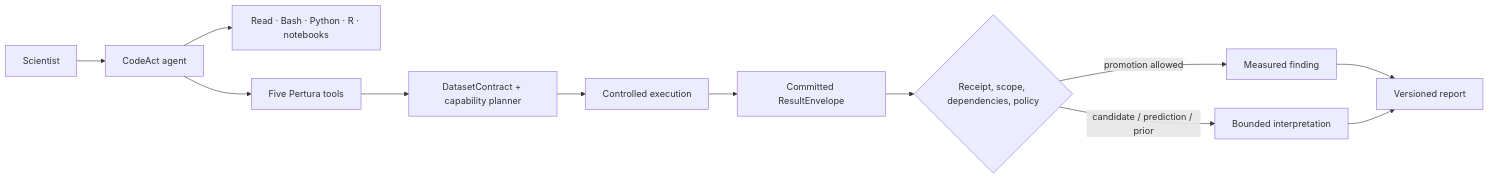
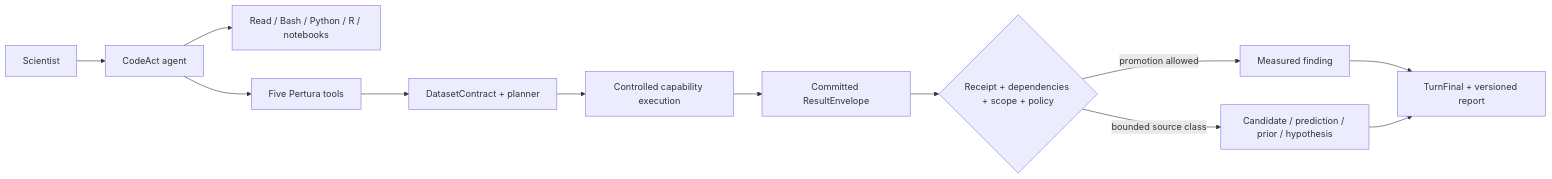
The first of 2 diagrams in README.md (cyclization-w/Pertura), drawn with Mermaid before and after one commit. The commit also changed other lines of this file and 310 other files, not shown here.

````diff
--- a/README.md
+++ b/README.md
@@ -20,14 +20,14 @@
 ```mermaid
 flowchart LR
     U["Scientist"] --> A["CodeAct agent"]
-    A --> E["Read · Bash · Python · R · notebooks"]
+    A --> E["Read / Bash / Python / R / notebooks"]
     A --> T["Five Pertura tools"]
-    T --> C["DatasetContract + capability planner"]
-    C --> X["Controlled execution"]
+    T --> C["DatasetContract + planner"]
+    C --> X["Controlled capability execution"]
     X --> R["Committed ResultEnvelope"]
-    R --> P{"Receipt, scope, dependencies, policy"}
+    R --> P{"Receipt + dependencies + scope + policy"}
     P -->|"promotion allowed"| M["Measured finding"]
-    P -->|"candidate / prediction / prior"| H["Bounded interpretation"]
-    M --> F["Versioned report"]
+    P -->|"bounded source class"| H["Candidate / prediction / prior / hypothesis"]
+    M --> F["TurnFinal + versioned report"]
     H --> F
 ```
````
